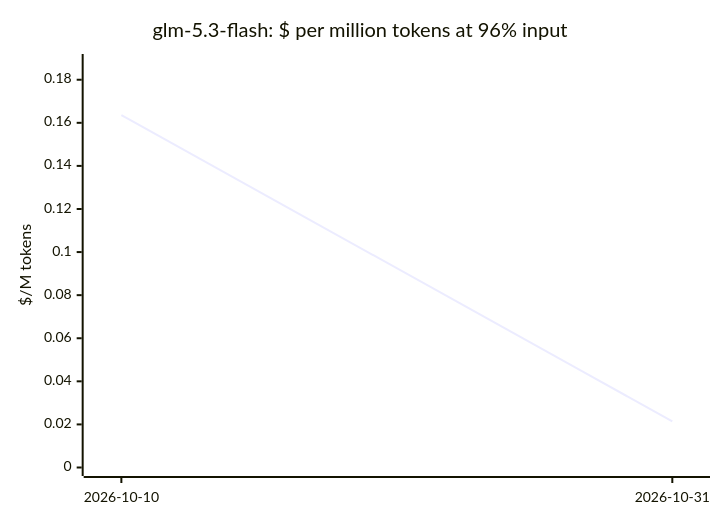
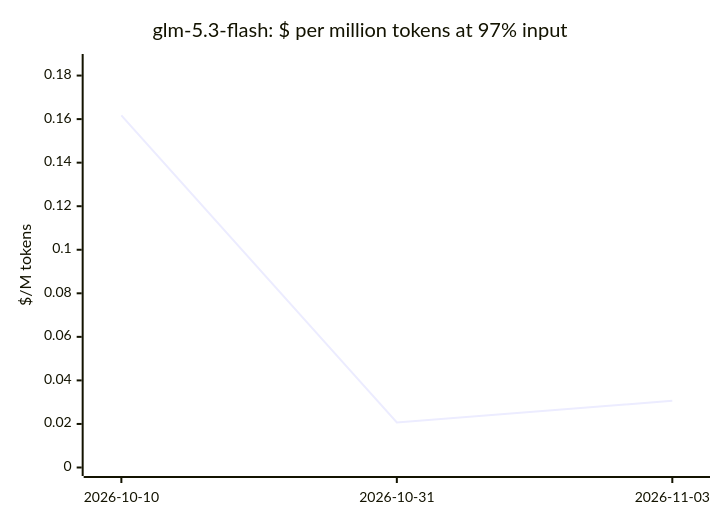
One commit to cklukas/OMEGA_TRANSFORM changed diagram 19 of 20 in docs/openrouter-models.md. Above: the diagram before and after it, drawn with Mermaid. The commit also changed other lines of this file and 469 other files, not shown here.

````diff
--- a/docs/openrouter-models.md
+++ b/docs/openrouter-models.md
@@ -289,7 +304,7 @@
 ```mermaid
 xychart-beta
-    title "glm-5.3-flash: $ per million tokens at 96% input"
-    x-axis ["2026-10-10", "2026-10-31"]
-    y-axis "$/M tokens" 0 --> 0.188
-    line [0.1636, 0.02141]
+    title "glm-5.3-flash: $ per million tokens at 97% input"
+    x-axis ["2026-10-10", "2026-10-31", "2026-11-03"]
+    y-axis "$/M tokens" 0 --> 0.186
+    line [0.1617, 0.02069, 0.03063]
 ```
````
